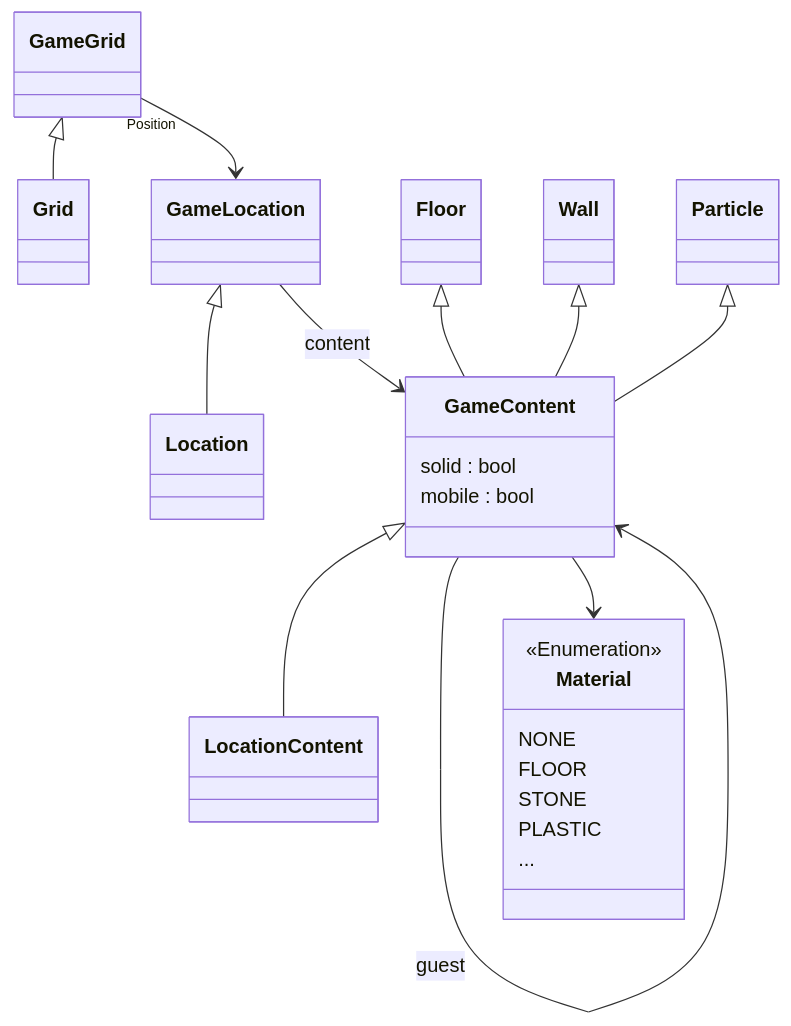
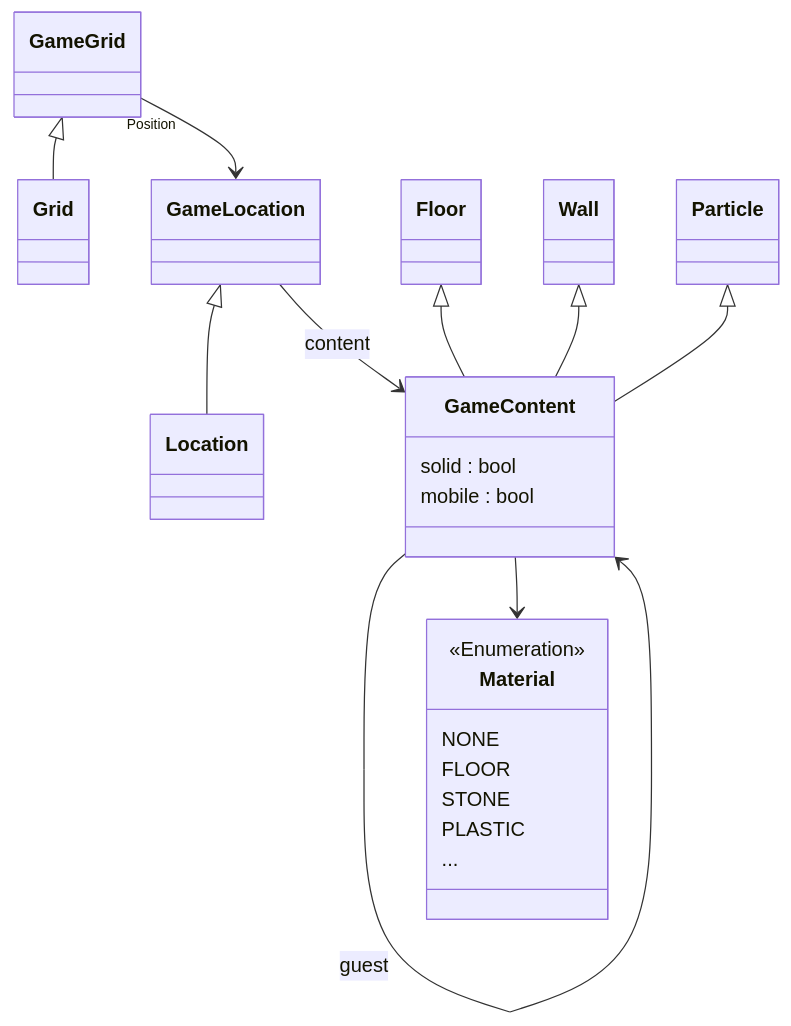
Before and after one commit to fvbakel/brilliant: the fourth of 5 diagrams in hello_maze/readme.md, drawn with Mermaid. The commit also changed other lines of this file and 4 other files, not shown here.

````diff
--- a/hello_maze/readme.md
+++ b/hello_maze/readme.md
@@ -105,48 +107,47 @@
 ```mermaid
   classDiagram
     class Material {
         <<Enumeration>>
         NONE
         FLOOR
         STONE
         PLASTIC
         ...
     }
 
     class GameLocation {
         
     }
     class GameContent {
         solid : bool
         mobile : bool
         
     }
     class GameGrid {
         
     }
 
     GameGrid <|-- Grid
     GameLocation <|-- Location
-    GameContent <|-- LocationContent
 
 
     GameGrid "Position" -->  GameLocation
     GameLocation --> GameContent : content
     
     GameContent --> GameContent : guest
     GameContent --> Material
 
 
     class Floor {
     }
     class Wall {
     }
     class Particle {
     }
 
     Floor <|-- GameContent
     Wall <|-- GameContent
     Particle <|-- GameContent
 
 
 ``` 
````
